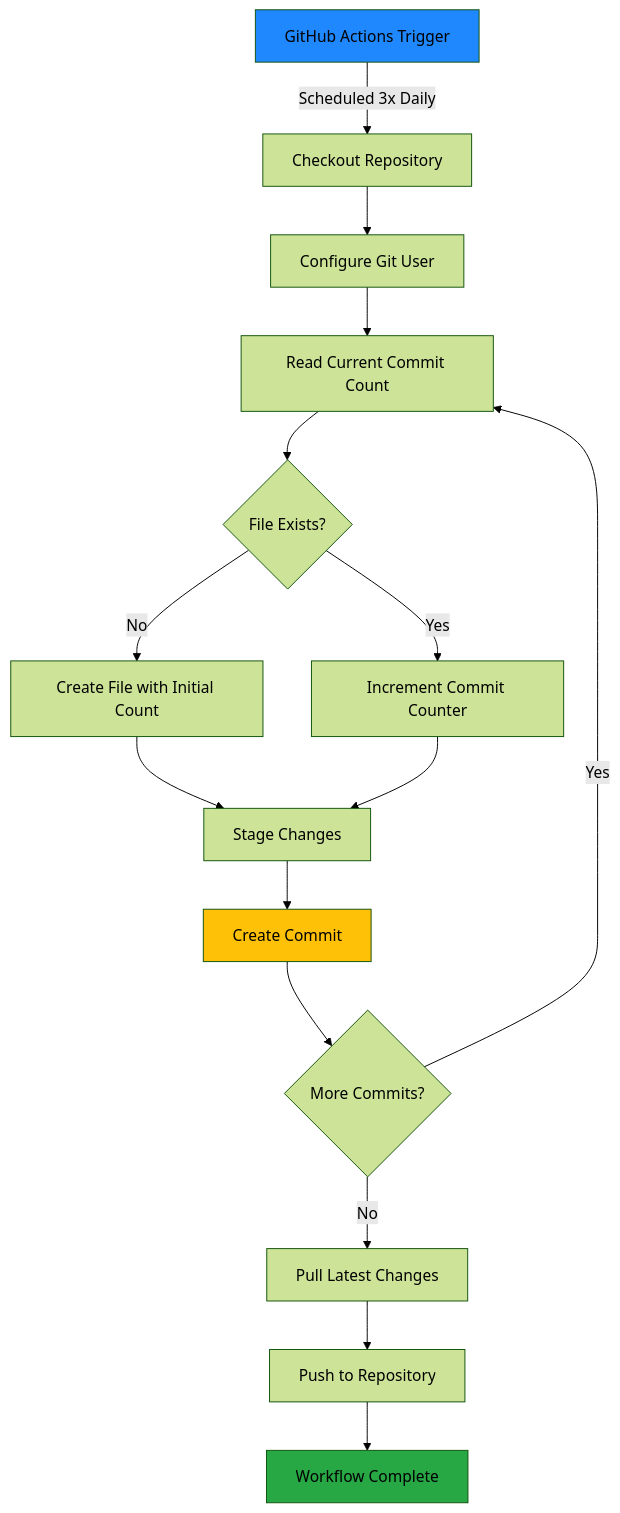
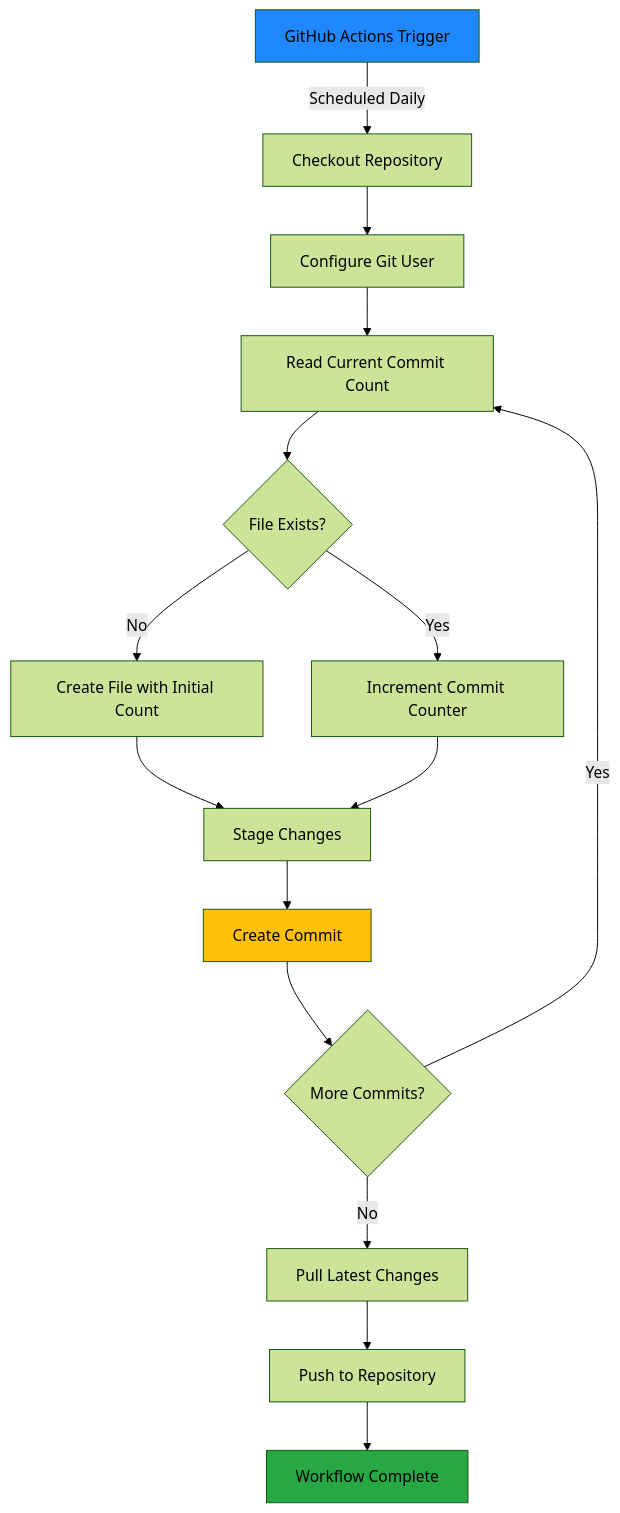
One commit to Froillan123/Gitauto changed the first of 2 diagrams in README.md. Above: the diagram before and after it, drawn with Mermaid (forest theme). The commit also changed other lines of this file and 1 other file, not shown here.

````diff
--- a/README.md
+++ b/README.md
@@ -23,21 +23,21 @@
 ```mermaid
 graph TD
-    A[GitHub Actions Trigger] -->|Scheduled 3x Daily| B[Checkout Repository]
+    A[GitHub Actions Trigger] -->|Scheduled Daily| B[Checkout Repository]
     B --> C[Configure Git User]
     C --> D[Read Current Commit Count]
     D --> E{File Exists?}
     E -->|No| F[Create File with Initial Count]
     E -->|Yes| G[Increment Commit Counter]
     F --> H[Stage Changes]
     G --> H
     H --> I[Create Commit]
     I --> J{More Commits?}
     J -->|Yes| D
     J -->|No| K[Pull Latest Changes]
     K --> L[Push to Repository]
     L --> M[Workflow Complete]
     
     style A fill:#2088FF
     style M fill:#28a745
     style I fill:#ffc107
 ```
````
